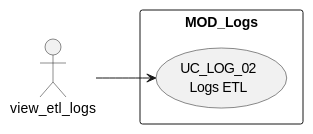
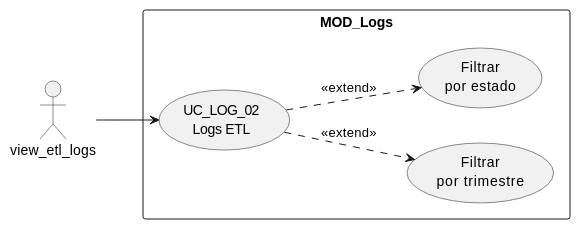
The first of 4 diagrams in source/requisitos/casos-uso/logs/uc-log-02/diagramas-uml.rst (jcg-admin/IACT-docs), drawn with PlantUML before and after one commit. The commit also changed other lines of this file and 5 other files, not shown here.

First line of the commit message:
Complete UC diagram coverage and fix final actor names

```diff
--- a/source/requisitos/casos-uso/logs/uc-log-02/diagramas-uml.rst
+++ b/source/requisitos/casos-uso/logs/uc-log-02/diagramas-uml.rst
@@ -10,10 +10,14 @@
 .. uml::
 
  @startuml
  left to right direction
  actor "view_etl_logs" as USR
  rectangle "MOD_Logs" {
    usecase "UC_LOG_02\nLogs ETL" as UC02
+   usecase "Filtrar\npor trimestre" as FT
+   usecase "Filtrar\npor estado" as FE
  }
  USR --> UC02
+ UC02 ..> FT : <<extend>>
+ UC02 ..> FE : <<extend>>
  @enduml
```
